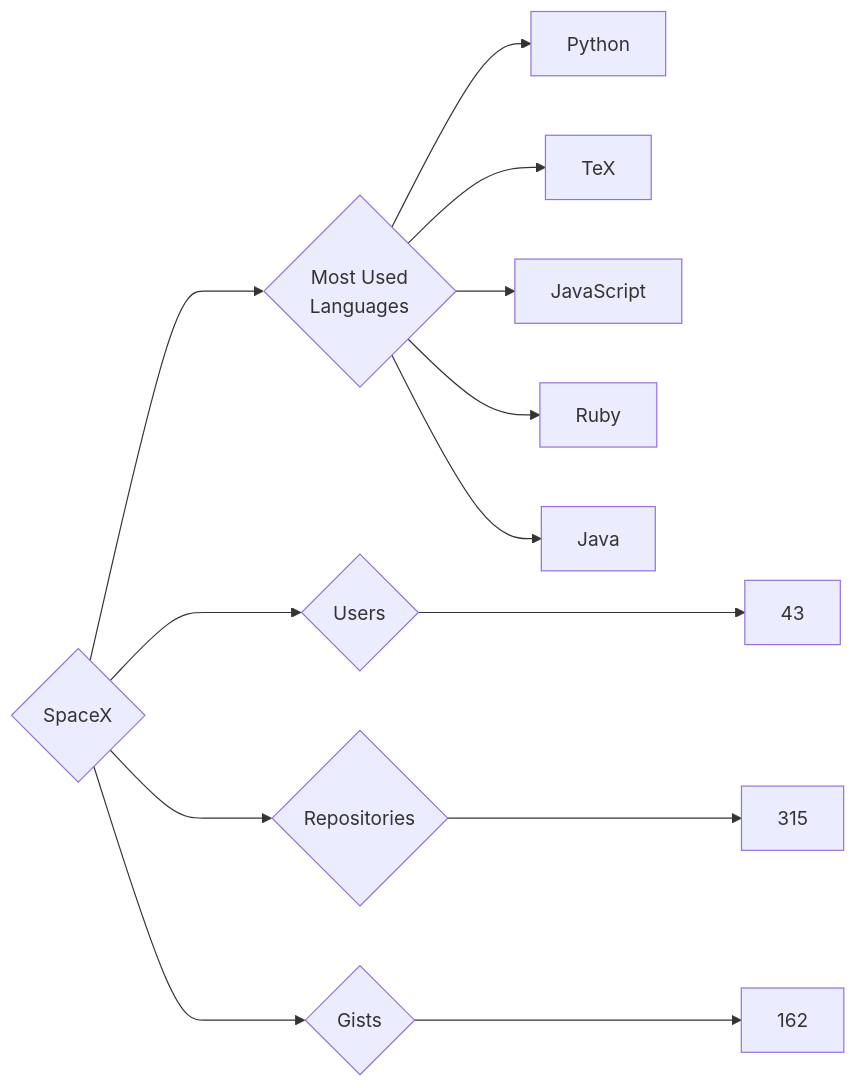
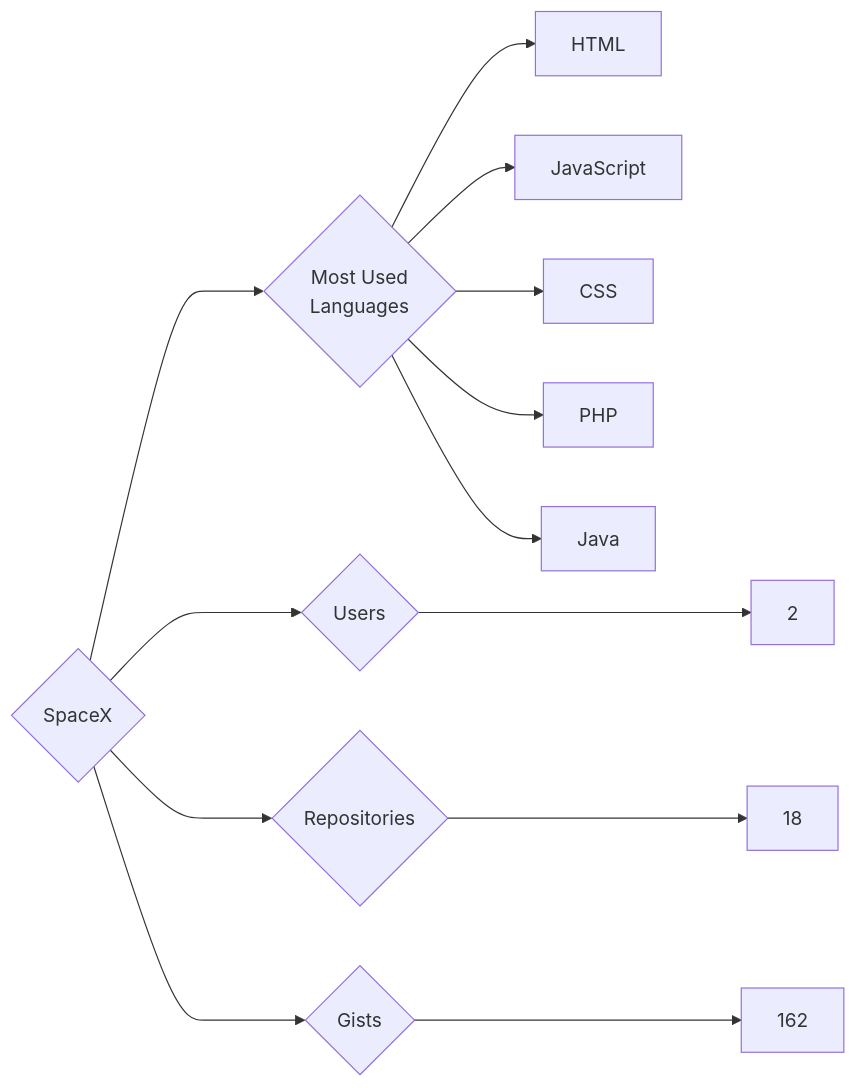
One commit to trickest/insiders changed the diagram in targets/SpaceX/README.md. Above: the diagram before and after it, drawn with Mermaid. The commit also changed 677 other files, not shown here.

````diff
--- a/targets/SpaceX/README.md
+++ b/targets/SpaceX/README.md
@@ -3,13 +3,13 @@
 ```mermaid
 graph LR
 COMPANY_NAME{SpaceX}
-COMPANY_NAME ---> U{Users} ---> UN[43]
-COMPANY_NAME ---> R{Repositories} ---> RN[315]
+COMPANY_NAME ---> U{Users} ---> UN[2]
+COMPANY_NAME ---> R{Repositories} ---> RN[18]
 COMPANY_NAME ---> G{Gists} ---> GN[162]
 COMPANY_NAME ---> ML{Most Used<br>Languages}
-ML --> Python[Python]
-ML --> TeX[TeX]
+ML --> HTML[HTML]
 ML --> JavaScript[JavaScript]
-ML --> Ruby[Ruby]
+ML --> CSS[CSS]
+ML --> PHP[PHP]
 ML --> Java[Java]
 ```
````
